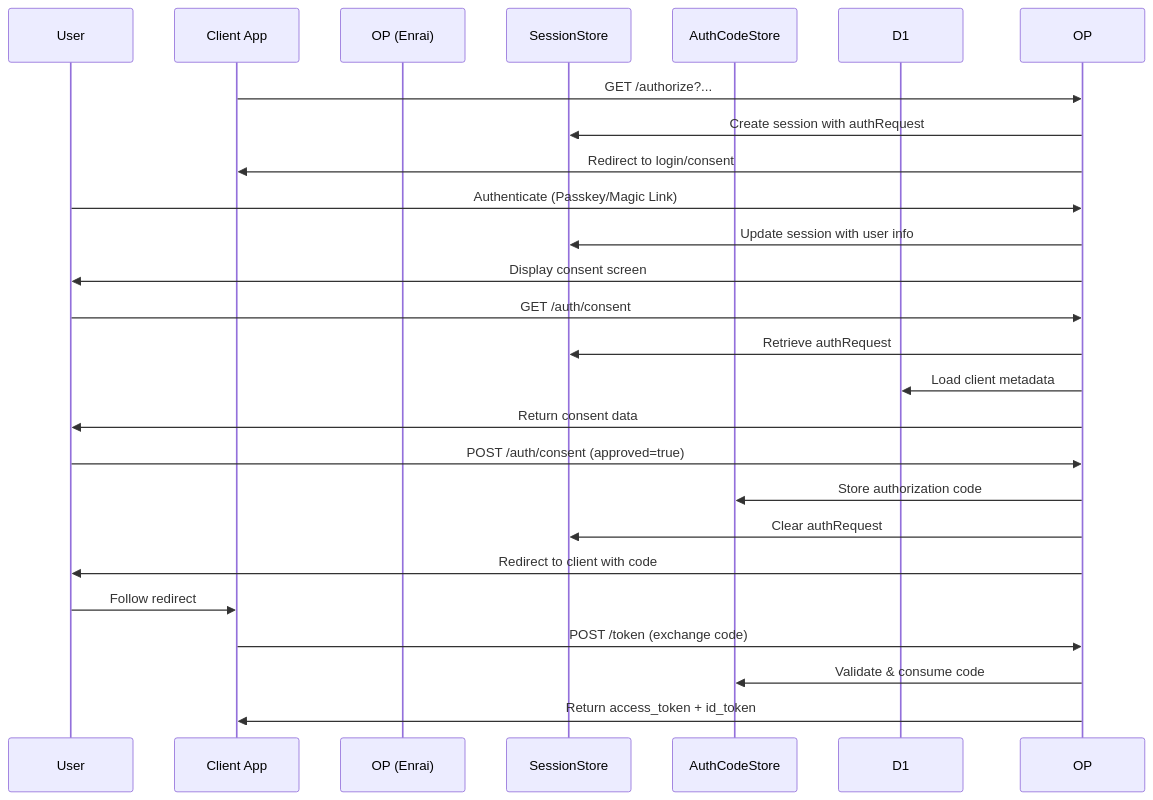
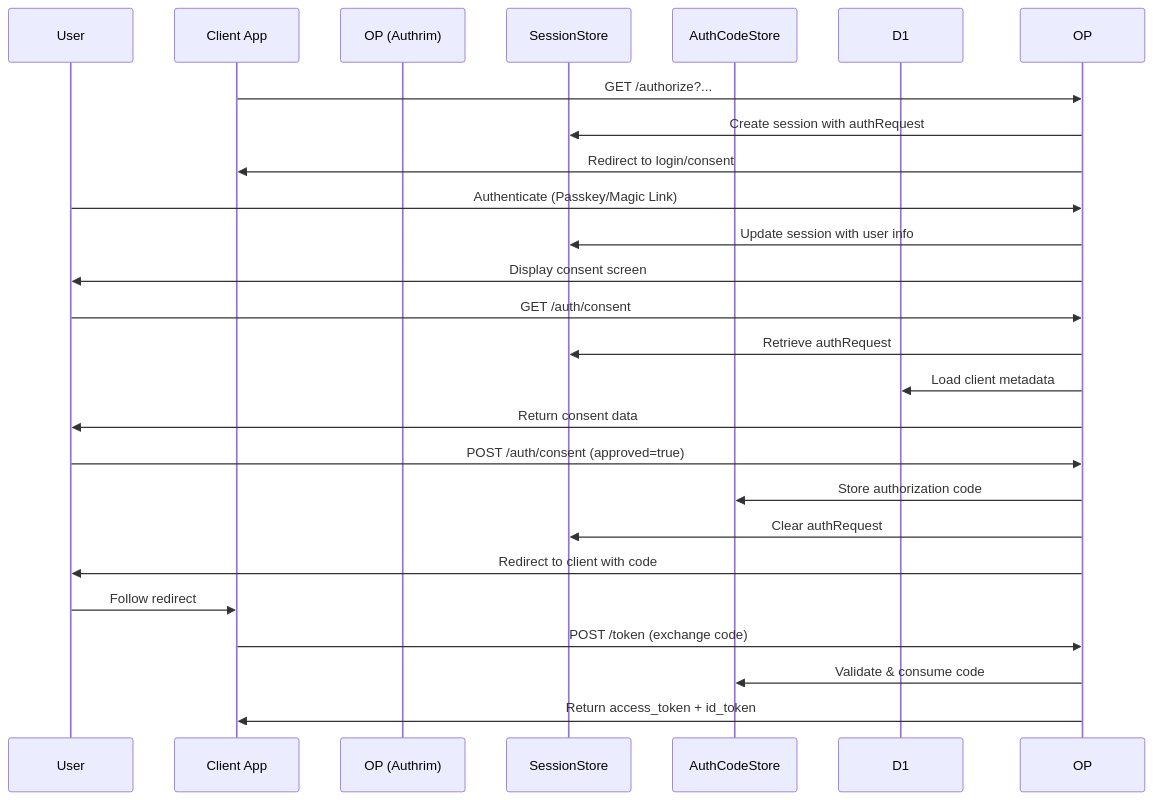
The diagram in docs/api/auth/consent.md (sgrastar/authrim), drawn with Mermaid before and after one commit. The commit also changed 158 other files, not shown here.

First line of the commit message:
Rename product from Enrai to Authrim

````diff
--- a/docs/api/auth/consent.md
+++ b/docs/api/auth/consent.md
@@ -276,32 +276,32 @@
 ```mermaid
 sequenceDiagram
     participant User
     participant Client App
-    participant OP (Enrai)
+    participant OP (Authrim)
     participant SessionStore
     participant AuthCodeStore
     participant D1
 
     Client App->>OP: GET /authorize?...
     OP->>SessionStore: Create session with authRequest
     OP->>Client App: Redirect to login/consent
 
     User->>OP: Authenticate (Passkey/Magic Link)
     OP->>SessionStore: Update session with user info
 
     OP->>User: Display consent screen
     User->>OP: GET /auth/consent
     OP->>SessionStore: Retrieve authRequest
     OP->>D1: Load client metadata
     OP->>User: Return consent data
 
     User->>OP: POST /auth/consent (approved=true)
     OP->>AuthCodeStore: Store authorization code
     OP->>SessionStore: Clear authRequest
     OP->>User: Redirect to client with code
 
     User->>Client App: Follow redirect
     Client App->>OP: POST /token (exchange code)
     OP->>AuthCodeStore: Validate & consume code
     OP->>Client App: Return access_token + id_token
 ```
````
